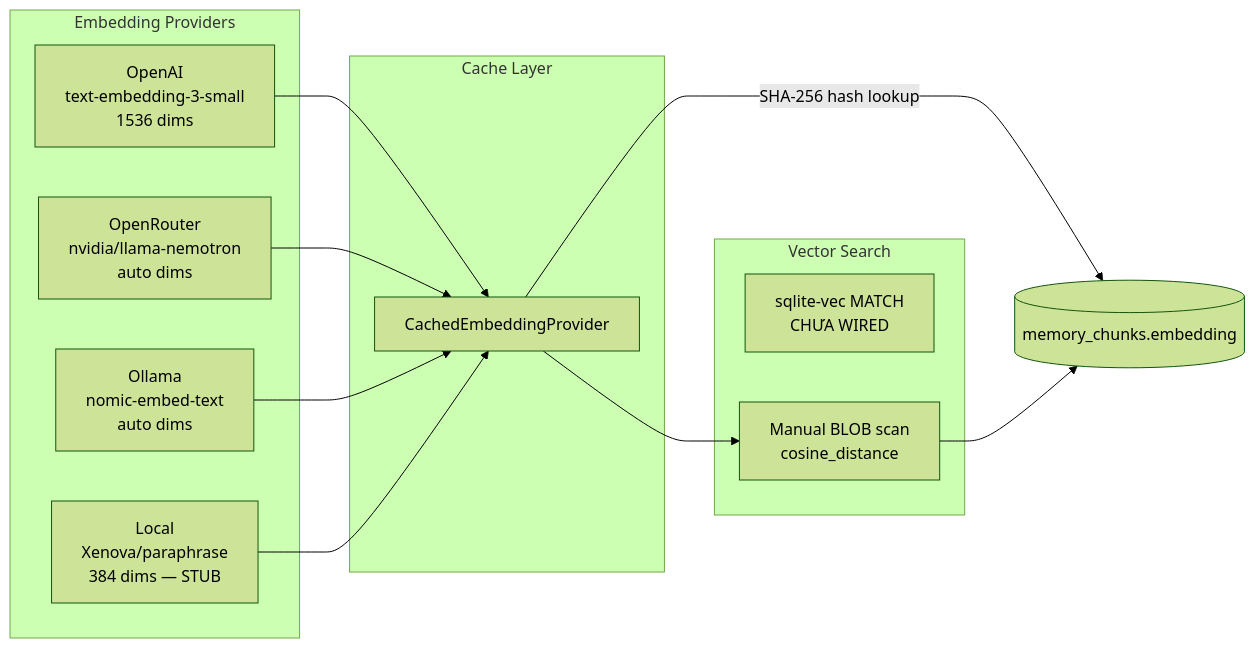
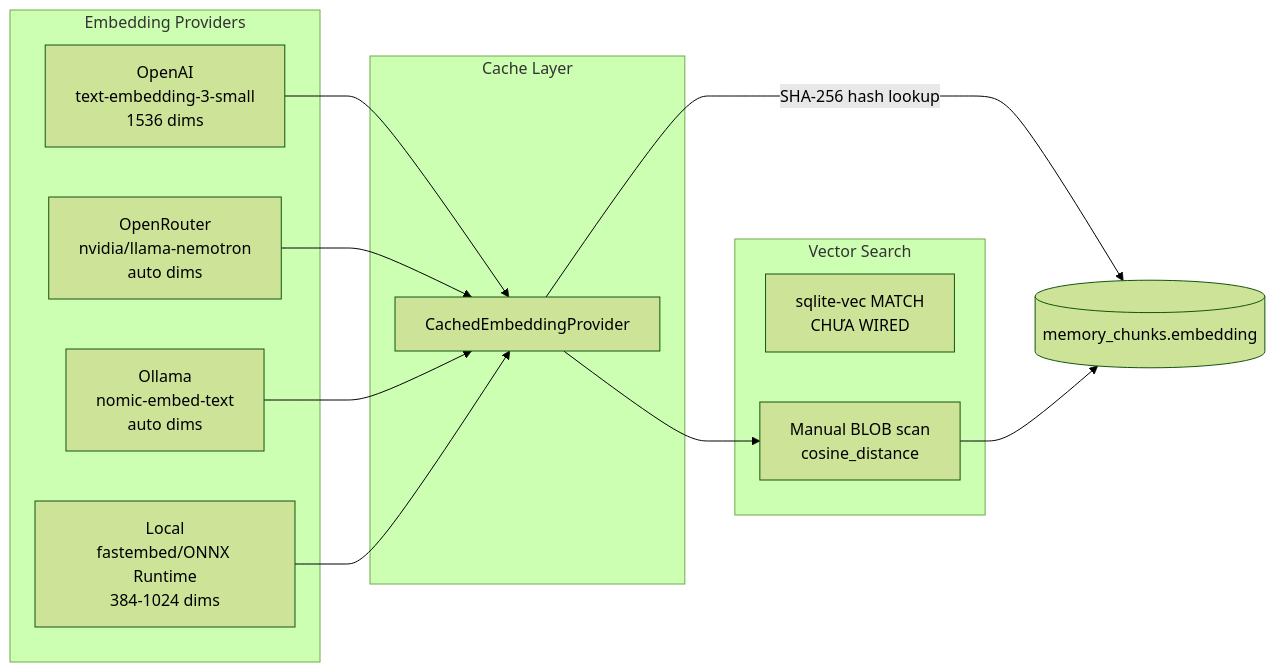
The sixth of 10 diagrams in docs/memory.md (NortonBen/SenClaw), drawn with Mermaid (forest theme) before and after one commit. The commit also changed other lines of this file and 14 other files, not shown here.

````diff
--- a/docs/memory.md
+++ b/docs/memory.md
@@ -299,23 +306,23 @@
 ```mermaid
 flowchart LR
     subgraph "Embedding Providers"
         OAI[OpenAI<br/>text-embedding-3-small<br/>1536 dims]
         ORT[OpenRouter<br/>nvidia/llama-nemotron<br/>auto dims]
         OLL[Ollama<br/>nomic-embed-text<br/>auto dims]
-        LOC[Local<br/>Xenova/paraphrase<br/>384 dims — STUB]
+        LOC[Local<br/>fastembed/ONNX Runtime<br/>384-1024 dims]
     end
 
     subgraph "Cache Layer"
         CACHE[CachedEmbeddingProvider]
     end
 
     subgraph "Vector Search"
         VEC0[sqlite-vec MATCH<br/>CHƯA WIRED]
         BLOB[Manual BLOB scan<br/>cosine_distance]
     end
 
     OAI & ORT & OLL & LOC --> CACHE
     CACHE --> |"SHA-256 hash lookup"|SQLITE[(embedding_cache)]
     CACHE --> BLOB
     BLOB --> SQLITE[(memory_chunks.embedding)]
 ```
````
